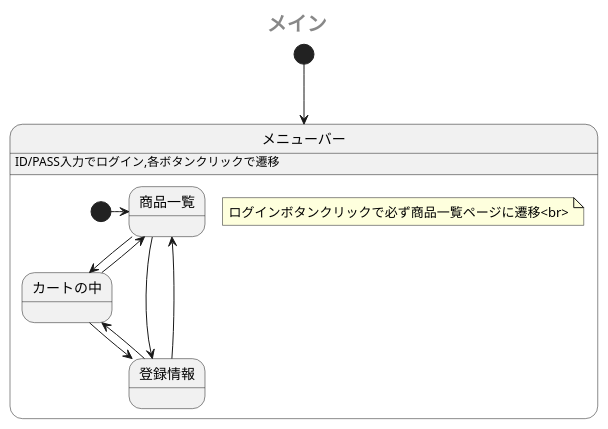
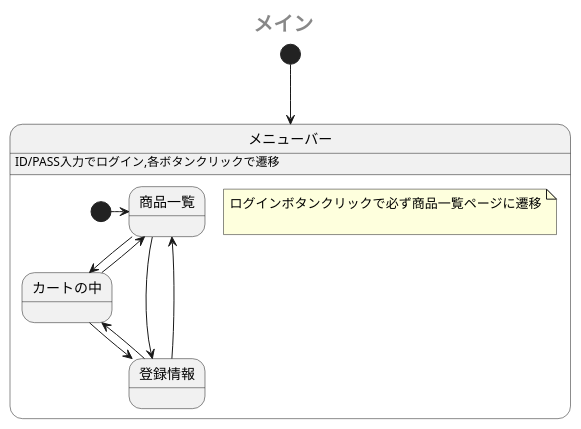
Before and after one commit to Aso2001385/2021sys-design: the first of 2 diagrams in sample/StateMachine.md, drawn with PlantUML.

````diff
--- a/sample/StateMachine.md
+++ b/sample/StateMachine.md
@@ -1,23 +1,23 @@
 ```uml
 @startuml
  center header <size:20><b>メイン</b></size>
  [*] --> メニューバー
  state メニューバー {
    メニューバー: ID/PASS入力でログイン,各ボタンクリックで遷移
    [*] -> 商品一覧
-   note "ログインボタンクリックで必ず商品一覧ページに遷移<br>" as N1
+   note "ログインボタンクリックで必ず商品一覧ページに遷移\n" as N1
  
    商品一覧 -down-> カートの中
    カートの中 -up-> 商品一覧
    カートの中 -down-> 登録情報
    登録情報 -up-> カートの中
    商品一覧 -right-> 登録情報
    商品一覧 -[hidden]> 登録情報
    登録情報 -left-> 商品一覧
    登録情報 -[hidden]> 商品一覧
    
 
  }
  
 @enduml
 ```
````
